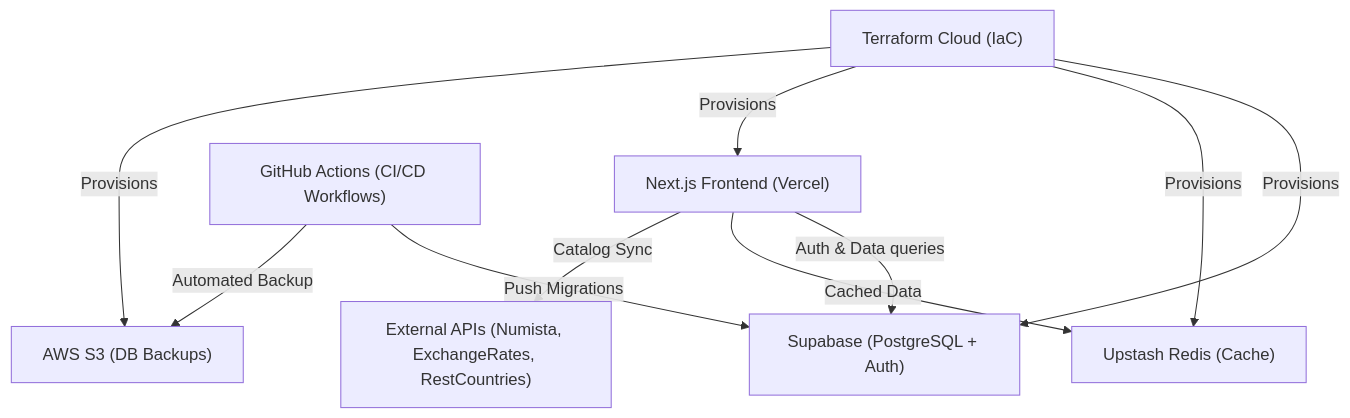
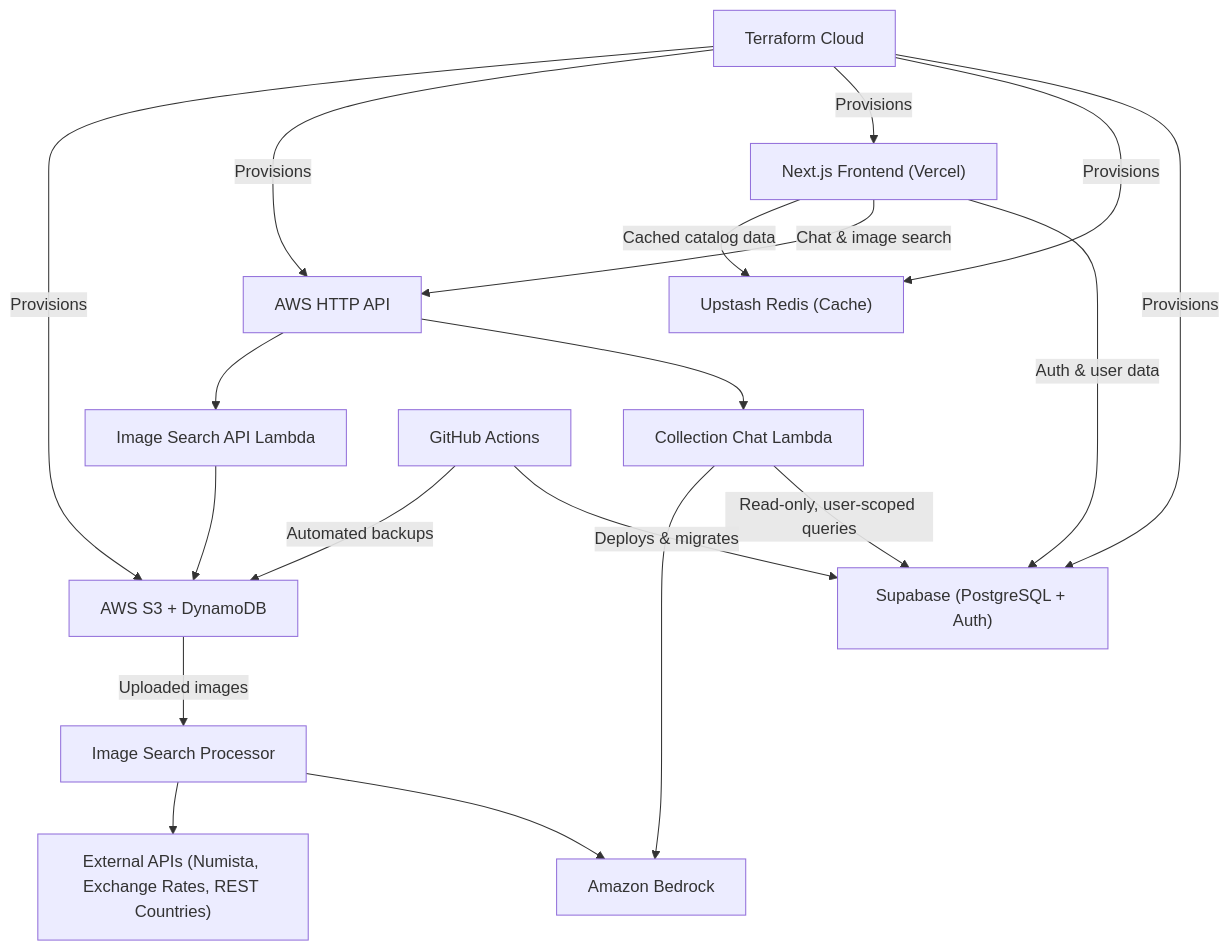
Before and after one commit to hienmarc/money-collection-app: the diagram in README.md, drawn with Mermaid. The commit also changed other lines of this file, not shown here.

Commit message:
Add AI Collection Assistant feature to README and update architecture diagram

````diff
--- a/README.md
+++ b/README.md
@@ -48,20 +49,34 @@
 ```mermaid
 graph TD
     Client["Next.js Frontend (Vercel)"]
     Supa["Supabase (PostgreSQL + Auth)"]
     Redis["Upstash Redis (Cache)"]
-    AWS["AWS S3 (DB Backups)"]
-    APIs["External APIs (Numista, ExchangeRates, RestCountries)"]
-    GHA["GitHub Actions (CI/CD Workflows)"]
-    TF["Terraform Cloud (IaC)"]
+    API["AWS HTTP API"]
+    Chat["Collection Chat Lambda"]
+    ImageAPI["Image Search API Lambda"]
+    Processor["Image Search Processor"]
+    Bedrock["Amazon Bedrock"]
+    Storage["AWS S3 + DynamoDB"]
+    APIs["External APIs (Numista, Exchange Rates, REST Countries)"]
+    GHA["GitHub Actions"]
+    TF["Terraform Cloud"]
 
-    Client -->|Auth & Data queries| Supa
-    Client -->|Cached Data| Redis
-    Client -->|Catalog Sync| APIs
+    Client -->|Auth & user data| Supa
+    Client -->|Chat & image search| API
+    Client -->|Cached catalog data| Redis
+    API --> Chat
+    API --> ImageAPI
+    Chat -->|Read-only, user-scoped queries| Supa
+    Chat --> Bedrock
+    ImageAPI --> Storage
+    Storage -->|Uploaded images| Processor
+    Processor --> Bedrock
+    Processor --> APIs
     TF -->|Provisions| Supa
     TF -->|Provisions| Redis
     TF -->|Provisions| Client
-    TF -->|Provisions| AWS
-    GHA -->|Push Migrations| Supa
-    GHA -->|Automated Backup| AWS
+    TF -->|Provisions| API
+    TF -->|Provisions| Storage
+    GHA -->|Deploys & migrates| Supa
+    GHA -->|Automated backups| Storage
 ```
````
